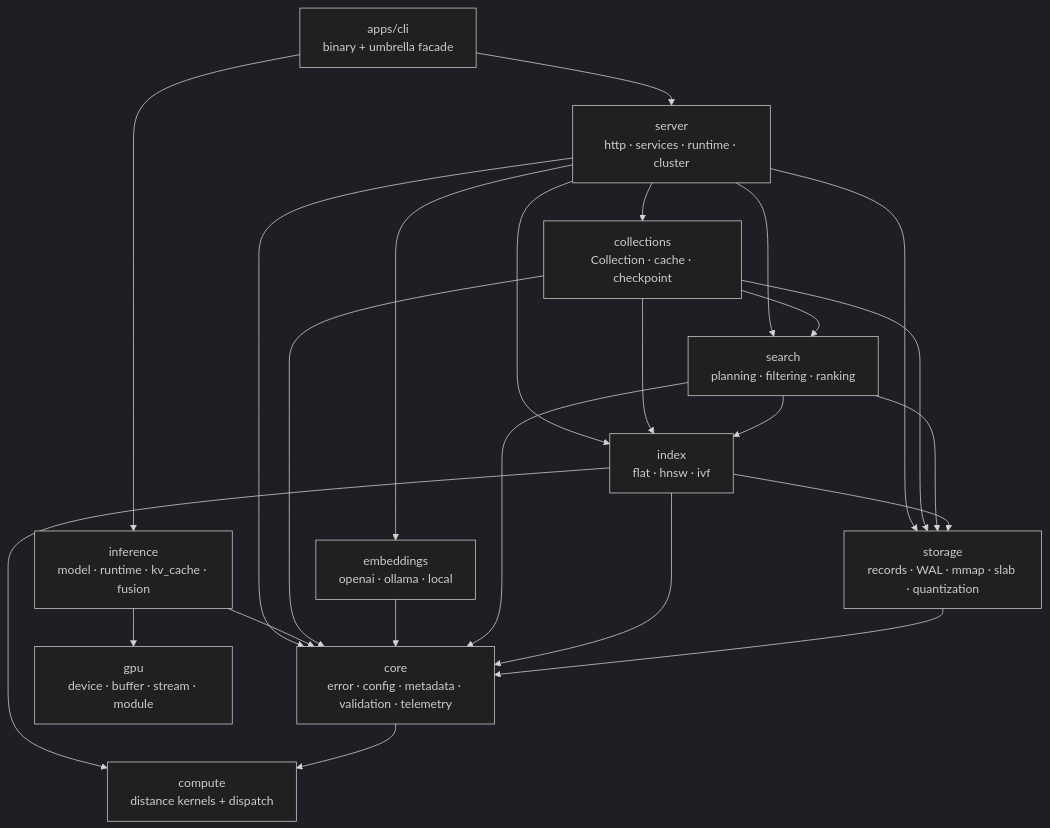
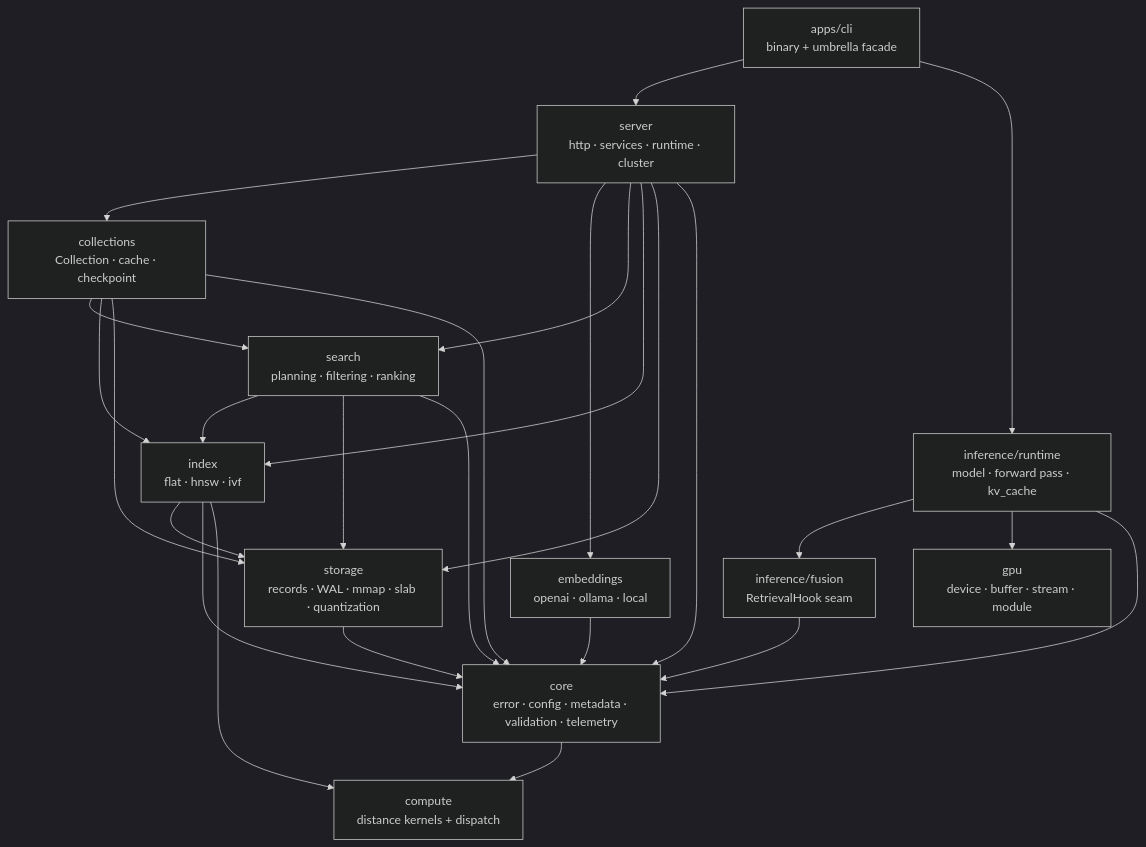
The first of 3 diagrams in docs/ARCHITECTURE.md (ashworks1706/Piramid), drawn with Mermaid (dark theme) before and after one commit. The commit also changed other lines of this file and 307 other files, not shown here.

````diff
--- a/docs/ARCHITECTURE.md
+++ b/docs/ARCHITECTURE.md
@@ -16,38 +44,41 @@
 ```mermaid
 flowchart TD
     CLI[apps/cli<br/>binary + umbrella facade]
     Server[server<br/>http · services · runtime · cluster]
-    Inference[inference<br/>model · runtime · kv_cache · fusion]
+    Fusion[inference/fusion<br/>RetrievalHook seam]
+    Inference[inference/runtime<br/>model · forward pass · kv_cache]
     Collections[collections<br/>Collection · cache · checkpoint]
     Embeddings[embeddings<br/>openai · ollama · local]
     Search[search<br/>planning · filtering · ranking]
     Index[index<br/>flat · hnsw · ivf]
     Storage[storage<br/>records · WAL · mmap · slab · quantization]
     Core[core<br/>error · config · metadata · validation · telemetry]
     Compute[compute<br/>distance kernels + dispatch]
     Gpu[gpu<br/>device · buffer · stream · module]
 
     CLI --> Server
     CLI --> Inference
     Server --> Collections
     Server --> Embeddings
     Server --> Search
     Server --> Index
     Server --> Storage
     Server --> Core
+    Inference --> Fusion
     Inference --> Gpu
     Inference --> Core
+    Fusion --> Core
     Collections --> Search
     Collections --> Index
     Collections --> Storage
     Collections --> Core
     Embeddings --> Core
     Search --> Index
     Search --> Storage
     Search --> Core
     Index --> Storage
     Index --> Core
     Index --> Compute
     Storage --> Core
     Core --> Compute
 ```
````
